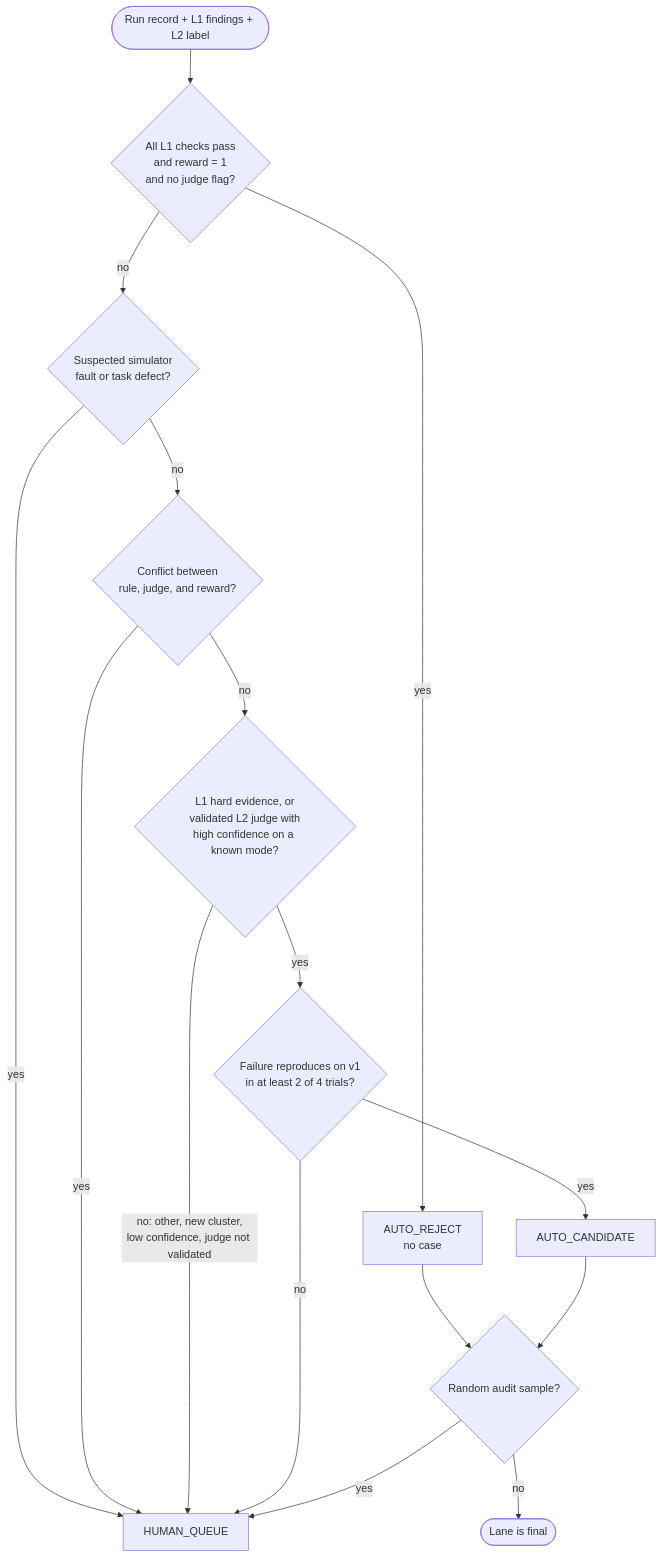
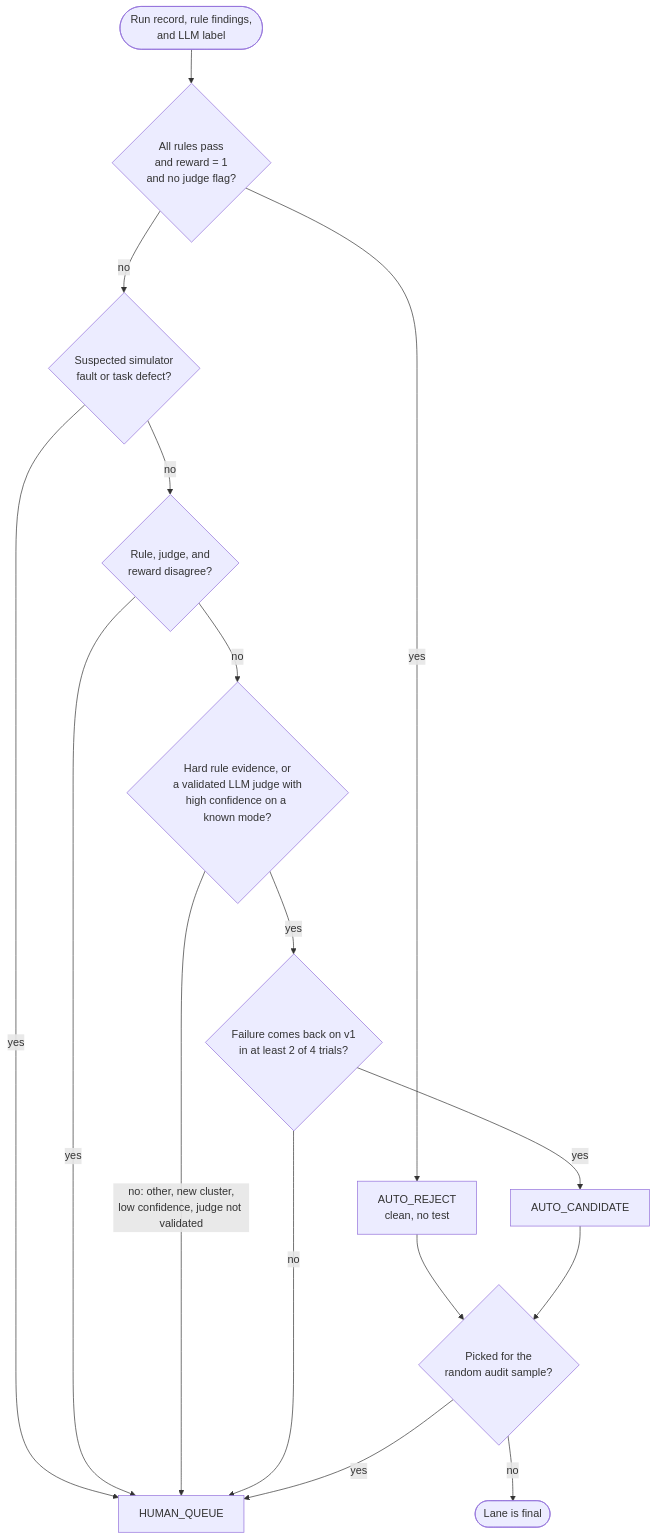
The fourth of 13 diagrams in .agents/artifacts/tracetogate-foundations/04b-final-architecture-tracetogate-foundations.md (Neeraj138/trace-to-gate), drawn with Mermaid before and after one commit. The commit also changed other lines of this file and 2 other files, not shown here.

First line of the commit message:
Rewrite architecture as a self-contained system design document

````diff
--- a/.agents/artifacts/tracetogate-foundations/04b-final-architecture-tracetogate-foundations.md
+++ b/.agents/artifacts/tracetogate-foundations/04b-final-architecture-tracetogate-foundations.md
@@ -373,18 +329,18 @@
 ```mermaid
 flowchart TD
-    START(["Run record + L1 findings + L2 label"]) --> CLEAN{"All L1 checks pass<br/>and reward = 1<br/>and no judge flag?"}
-    CLEAN -->|"yes"| AR["AUTO_REJECT<br/>no case"]
+    START(["Run record, rule findings,<br/>and LLM label"]) --> CLEAN{"All rules pass<br/>and reward = 1<br/>and no judge flag?"}
+    CLEAN -->|"yes"| AR["AUTO_REJECT<br/>clean, no test"]
     CLEAN -->|"no"| SIM{"Suspected simulator<br/>fault or task defect?"}
     SIM -->|"yes"| HQ["HUMAN_QUEUE"]
-    SIM -->|"no"| CONF{"Conflict between<br/>rule, judge, and reward?"}
+    SIM -->|"no"| CONF{"Rule, judge, and<br/>reward disagree?"}
     CONF -->|"yes"| HQ
-    CONF -->|"no"| EVID{"L1 hard evidence, or<br/>validated L2 judge with<br/>high confidence on a known mode?"}
+    CONF -->|"no"| EVID{"Hard rule evidence, or<br/>a validated LLM judge with<br/>high confidence on a known mode?"}
     EVID -->|"no: other, new cluster,<br/>low confidence, judge not validated"| HQ
-    EVID -->|"yes"| REPRO{"Failure reproduces on v1<br/>in at least 2 of 4 trials?"}
+    EVID -->|"yes"| REPRO{"Failure comes back on v1<br/>in at least 2 of 4 trials?"}
     REPRO -->|"no"| HQ
     REPRO -->|"yes"| AC["AUTO_CANDIDATE"]
-    AR --> AUD{"Random audit sample?"}
+    AR --> AUD{"Picked for the<br/>random audit sample?"}
     AC --> AUD
     AUD -->|"yes"| HQ
     AUD -->|"no"| DONE(["Lane is final"])
 ```
````
